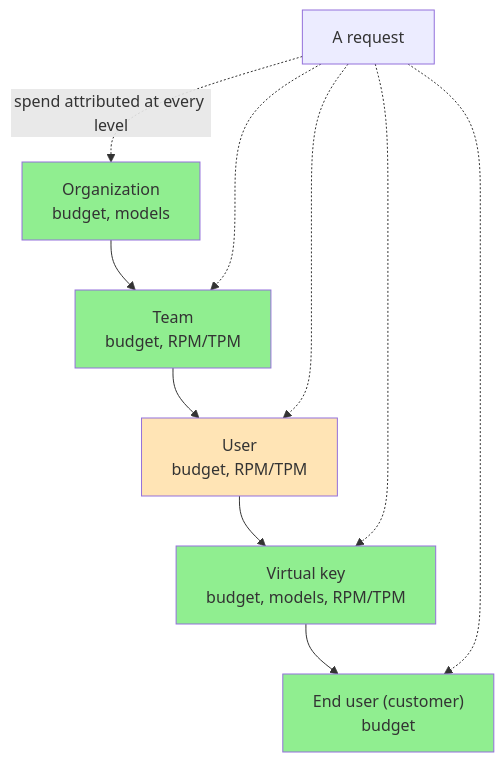
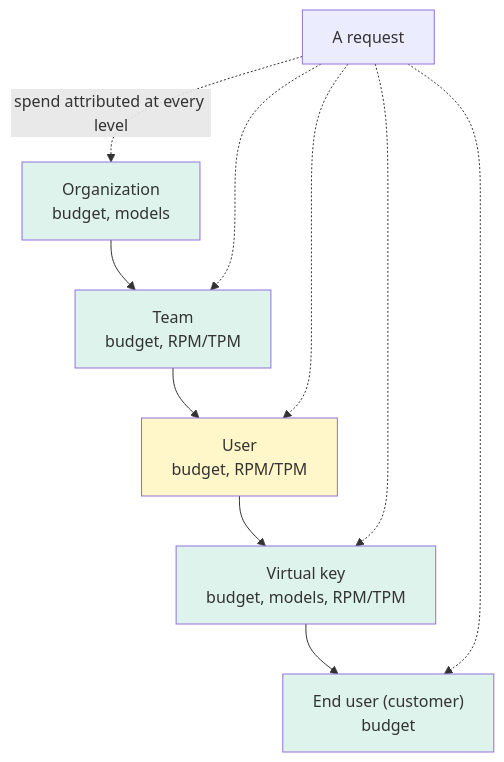
Before and after one commit to cartmancodes/InterviewVault: the second of 4 diagrams in LLD/SystemDesign/IntheWild/HowWeBuiltTheFirmwideLlmGateway.md, drawn with Mermaid. The commit also changed other lines of this file and 679 other files, not shown here.

Commit message:
Unify content diagrams and add accessible visual walkthroughs

````diff
--- a/LLD/SystemDesign/IntheWild/HowWeBuiltTheFirmwideLlmGateway.md
+++ b/LLD/SystemDesign/IntheWild/HowWeBuiltTheFirmwideLlmGateway.md
@@ -77,17 +77,17 @@
 ```mermaid
 flowchart TD
     O["Organization<br/>budget, models"] --> T["Team<br/>budget, RPM/TPM"]
     T --> US["User<br/>budget, RPM/TPM"]
     US --> K["Virtual key<br/>budget, models, RPM/TPM"]
     K --> EU["End user (customer)<br/>budget"]
     R["A request"] -.->|"spend attributed at every level"| O
     R -.-> T
     R -.-> US
     R -.-> K
     R -.-> EU
 
-    classDef good fill:#90EE90
-    classDef warn fill:#FFE4B5
+    classDef good fill:#DDF3EC
+    classDef warn fill:#FFF6C9
     class O,T,K,EU good
     class US warn
 ```
````
